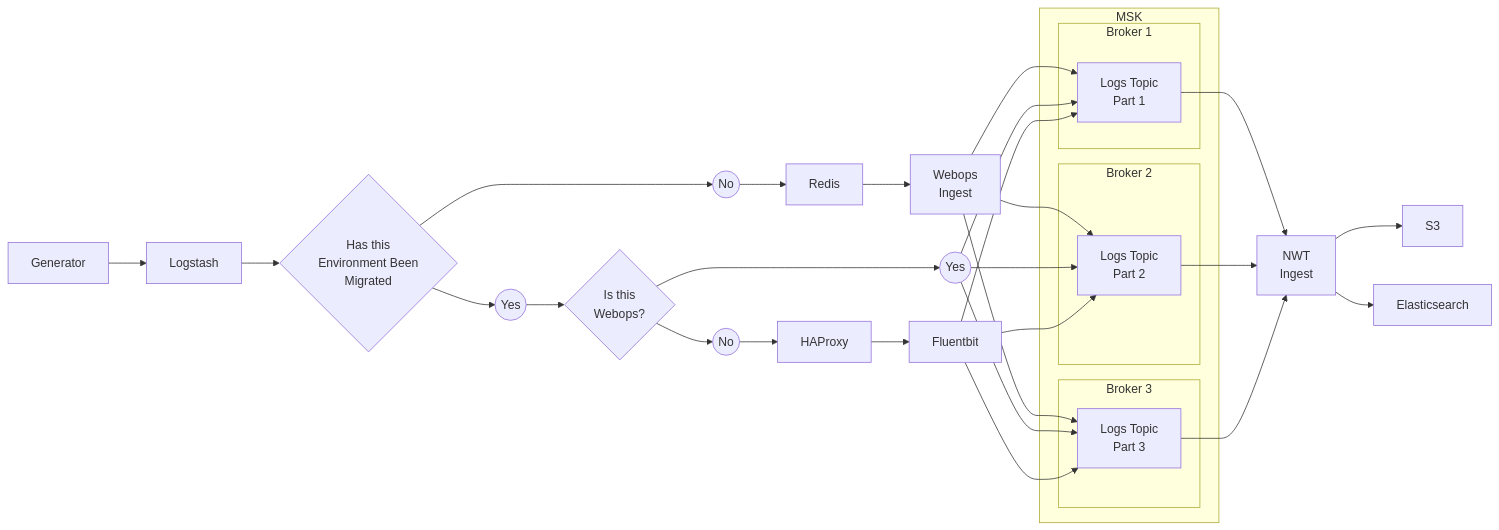
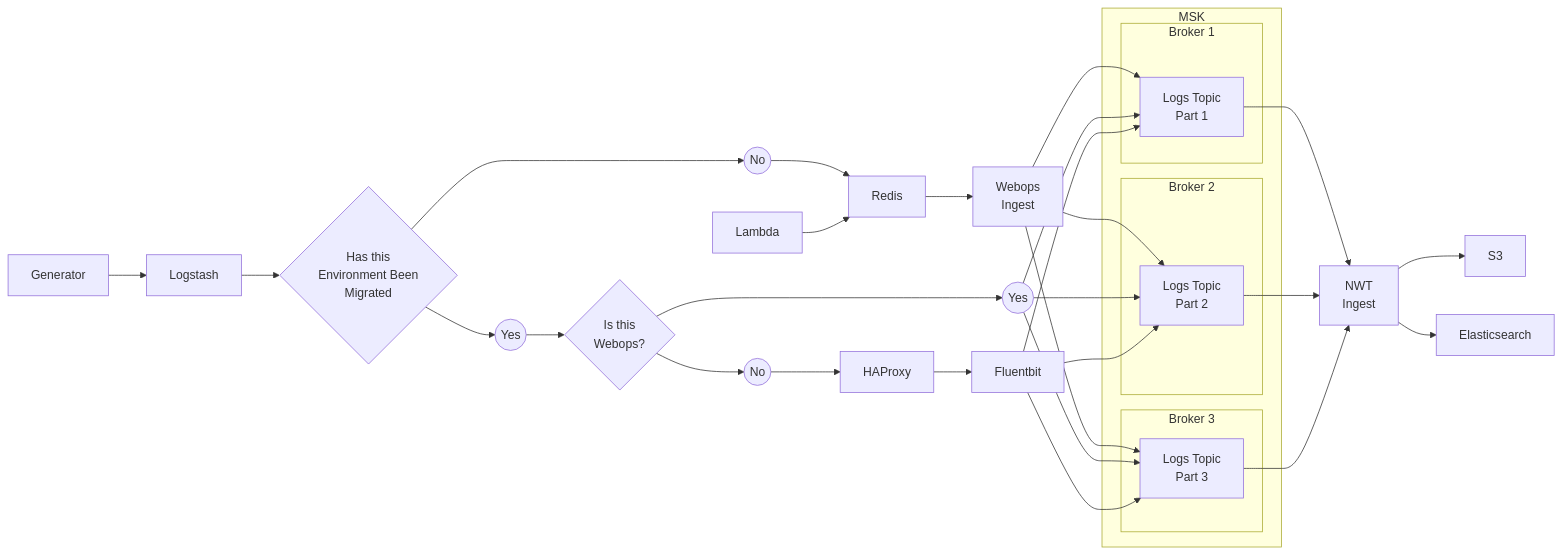
Before and after one commit to Saskia-MDTP/can-hedgehogs-fly: the second of 2 diagrams in README.md, drawn with Mermaid.

````diff
--- a/README.md
+++ b/README.md
@@ -15,38 +15,39 @@
 ```mermaid
   graph LR;
       subgraph MSK
           subgraph "Broker 1"
               P1[Logs Topic<br/>Part 1];
            end
           subgraph "Broker 2"
               P2[Logs Topic<br/>Part 2];
            end
           subgraph "Broker 3"
               P3[Logs Topic<br/>Part 3];
            end
        end
    Generator-->Logstash;
    Logstash-->Q1{Has this<br/>Environment Been<br/>Migrated};
    Q1-->Y1((Yes));
    Q1-->N1((No));
    N1-->Redis-->I1[Webops<br/>Ingest];
+   Lambda-->Redis;
    I1-->P1;
    I1-->P2;
    I1-->P3;
    Y1-->Q2{Is this<br/>Webops?};
    Q2-->Y2((Yes));
    Q2-->N2((No));
    Y2-->P1;
    Y2-->P2;
    Y2-->P3;
    N2-->HAProxy-->Fluentbit;
    Fluentbit-->P1;
    Fluentbit-->P2;
    Fluentbit-->P3;
    I2[NWT<br/>Ingest];
    P1-->I2;
    P2-->I2;
    P3-->I2;
    I2-->S3;
    I2-->Elasticsearch;
 ```
````
